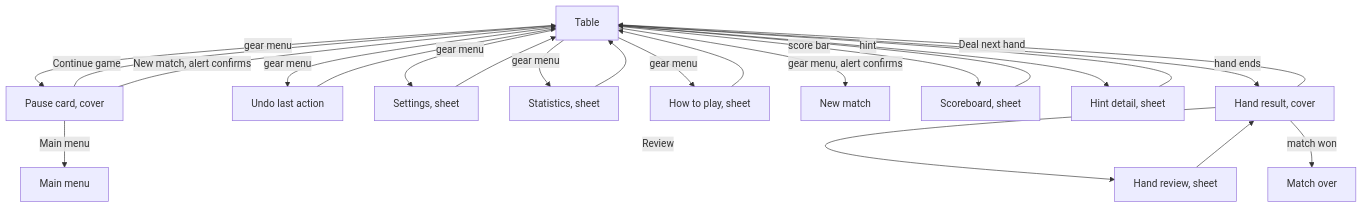
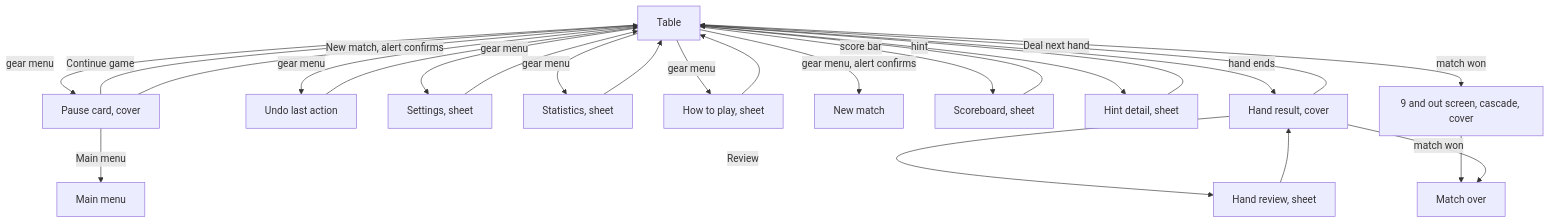
One commit to cmurphy1140/cardgame-io changed the third of 3 diagrams in App/Explainer/docs/screen-flow.md. Above: the diagram before and after it, drawn with Mermaid. The commit also changed other lines of this file and 22 other files, not shown here.

````diff
--- a/App/Explainer/docs/screen-flow.md
+++ b/App/Explainer/docs/screen-flow.md
@@ -70,27 +73,29 @@
 ```mermaid
 flowchart TD
     T[Table]
     T -->|gear menu| P[Pause card, cover]
     T -->|gear menu| U[Undo last action]
     T -->|gear menu| S[Settings, sheet]
     T -->|gear menu| ST[Statistics, sheet]
     T -->|gear menu| TU[How to play, sheet]
     T -->|gear menu, alert confirms| NEW[New match]
     T -->|score bar| SB[Scoreboard, sheet]
     T -->|hint| H[Hint detail, sheet]
     T -->|hand ends| R[Hand result, cover]
 
     P -->|Continue game| T
     P -->|Main menu| M[Main menu]
     P -->|New match, alert confirms| T
     R -->|Deal next hand| T
     R -->|Review| RV[Hand review, sheet]
-    R -->|match won| MO[Match over]
+    T -->|match won| CE[9 and out screen, cascade, cover]
+    CE --> MO[Match over]
+    R -->|match won| MO
     RV --> R
     U --> T
     SB --> T
     H --> T
     S --> T
     ST --> T
     TU --> T
 ```
````
